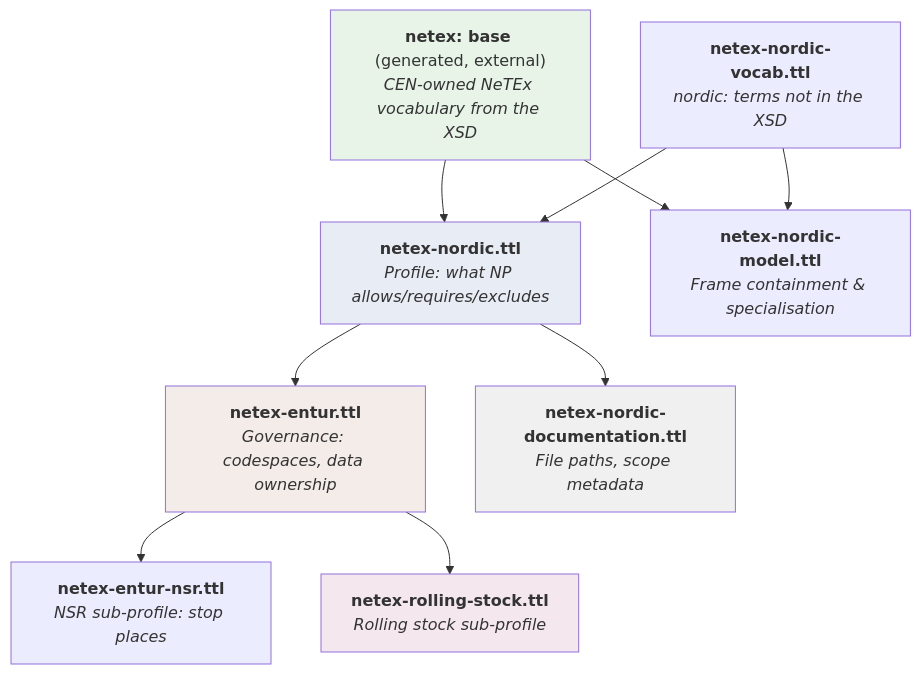
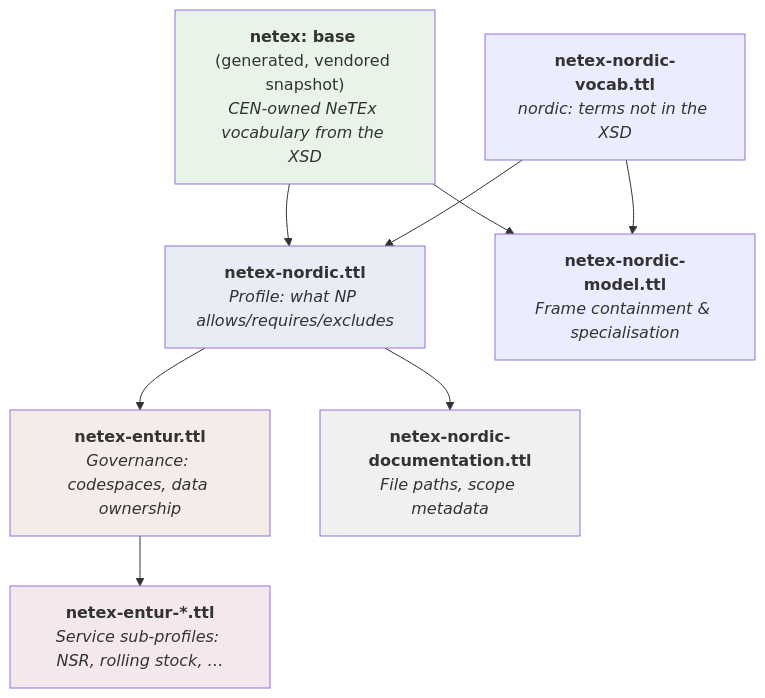
One commit to entur/nordic-netex-documentation changed the diagram in guides/Ontology/Ontology_Guide.md. Above: the diagram before and after it, drawn with Mermaid. The commit also changed other lines of this file, not shown here.

````diff
--- a/guides/Ontology/Ontology_Guide.md
+++ b/guides/Ontology/Ontology_Guide.md
@@ -45,26 +49,24 @@
 ```mermaid
 flowchart TD
-    BASE["<b>netex: base</b> (generated, external)<br/><i>CEN-owned NeTEx vocabulary from the XSD</i>"]
+    BASE["<b>netex: base</b> (generated, vendored snapshot)<br/><i>CEN-owned NeTEx vocabulary from the XSD</i>"]
     VOCAB["<b>netex-nordic-vocab.ttl</b><br/><i>nordic: terms not in the XSD</i>"]
     NP["<b>netex-nordic.ttl</b><br/><i>Profile: what NP allows/requires/excludes</i>"]
     MODEL["<b>netex-nordic-model.ttl</b><br/><i>Frame containment & specialisation</i>"]
     ENTUR["<b>netex-entur.ttl</b><br/><i>Governance: codespaces, data ownership</i>"]
-    NSR["<b>netex-entur-nsr.ttl</b><br/><i>NSR sub-profile: stop places</i>"]
-    RS["<b>netex-rolling-stock.ttl</b><br/><i>Rolling stock sub-profile</i>"]
+    SUB["<b>netex-entur-*.ttl</b><br/><i>Service sub-profiles: NSR, rolling stock, …</i>"]
     DOC["<b>netex-nordic-documentation.ttl</b><br/><i>File paths, scope metadata</i>"]
 
     BASE --> NP
     VOCAB --> NP
     BASE --> MODEL
     VOCAB --> MODEL
     NP --> ENTUR
-    ENTUR --> NSR
-    ENTUR --> RS
+    ENTUR --> SUB
     NP --> DOC
 
     style BASE fill:#e8f4e8
     style NP fill:#e8ecf4
     style ENTUR fill:#f4ece8
-    style RS fill:#f4e8ee
+    style SUB fill:#f4e8ee
     style DOC fill:#f0f0f0
 ```
````
